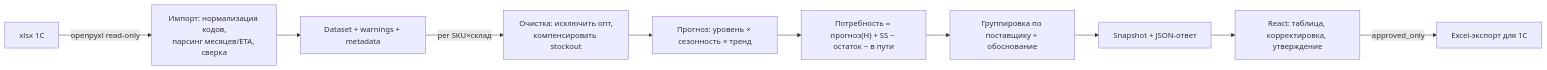
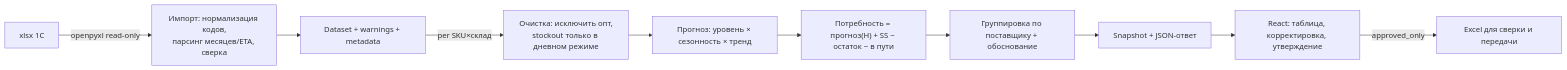
One commit to BAITC-Hacks/hack-a84ff6d0-hubtech changed the second of 5 diagrams in docs/АРХИТЕКТУРА.md. Above: the diagram before and after it, drawn with Mermaid. The commit also changed other lines of this file and 32 other files, not shown here.

````diff
--- a/docs/АРХИТЕКТУРА.md
+++ b/docs/АРХИТЕКТУРА.md
@@ -70,12 +73,12 @@
 ```mermaid
 flowchart LR
     A["xlsx 1С"] -->|openpyxl read-only| B["Импорт: нормализация кодов,<br/>парсинг месяцев/ETA, сверка"]
     B --> C["Dataset + warnings + metadata"]
-    C -->|per SKU×склад| D["Очистка: исключить опт,<br/>компенсировать stockout"]
+    C -->|per SKU×склад| D["Очистка: исключить опт,<br/>stockout только в дневном режиме"]
     D --> E["Прогноз: уровень × сезонность × тренд"]
     E --> F["Потребность = прогноз(H) + SS − остаток − в пути"]
     F --> G["Группировка по поставщику + обоснование"]
     G --> H["Snapshot + JSON-ответ"]
     H --> I["React: таблица, корректировка, утверждение"]
-    I -->|approved_only| J["Excel-экспорт для 1С"]
+    I -->|approved_only| J["Excel для сверки и передачи"]
 ```
````
